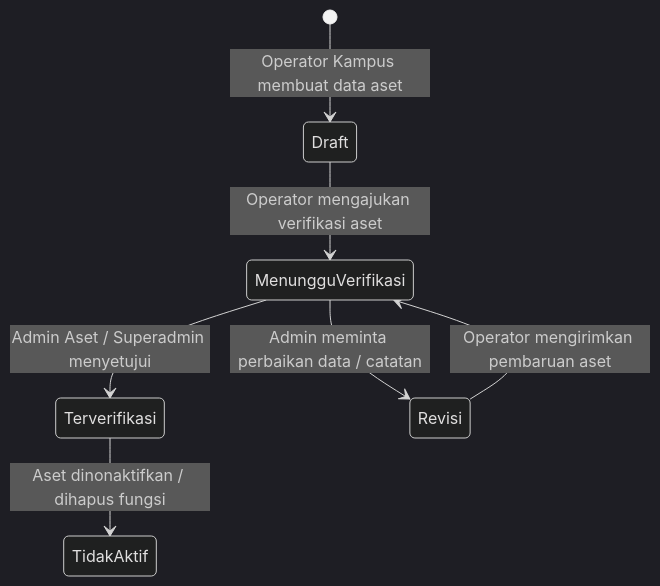
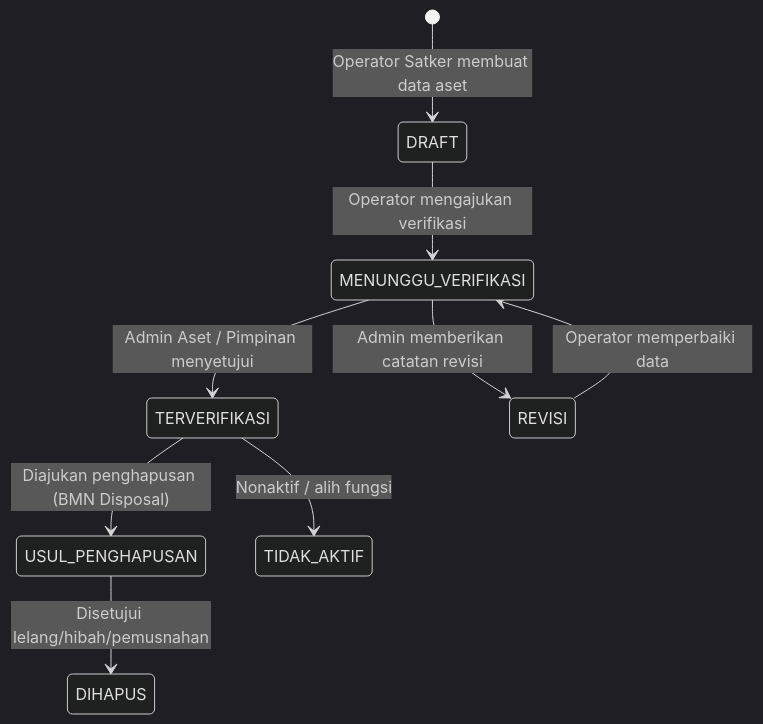
Before and after one commit to jennisaris/manajemenaset: the second of 2 diagrams in graphify-out/GRAPH_REPORT.md, drawn with Mermaid (dark theme). The commit also changed other lines of this file and 67 other files, not shown here.

````diff
--- a/graphify-out/GRAPH_REPORT.md
+++ b/graphify-out/GRAPH_REPORT.md
@@ -91,9 +109,11 @@
 ```mermaid
 stateDiagram-v2
-    [*] --> Draft: Operator Kampus membuat data aset
-    Draft --> MenungguVerifikasi: Operator mengajukan verifikasi aset
-    MenungguVerifikasi --> Terverifikasi: Admin Aset / Superadmin menyetujui
-    MenungguVerifikasi --> Revisi: Admin meminta perbaikan data / catatan
-    Revisi --> MenungguVerifikasi: Operator mengirimkan pembaruan aset
-    Terverifikasi --> TidakAktif: Aset dinonaktifkan / dihapus fungsi
+    [*] --> DRAFT: Operator Satker membuat data aset
+    DRAFT --> MENUNGGU_VERIFIKASI: Operator mengajukan verifikasi
+    MENUNGGU_VERIFIKASI --> TERVERIFIKASI: Admin Aset / Pimpinan menyetujui
+    MENUNGGU_VERIFIKASI --> REVISI: Admin memberikan catatan revisi
+    REVISI --> MENUNGGU_VERIFIKASI: Operator memperbaiki data
+    TERVERIFIKASI --> USUL_PENGHAPUSAN: Diajukan penghapusan (BMN Disposal)
+    USUL_PENGHAPUSAN --> DIHAPUS: Disetujui lelang/hibah/pemusnahan
+    TERVERIFIKASI --> TIDAK_AKTIF: Nonaktif / alih fungsi
 ```
````
